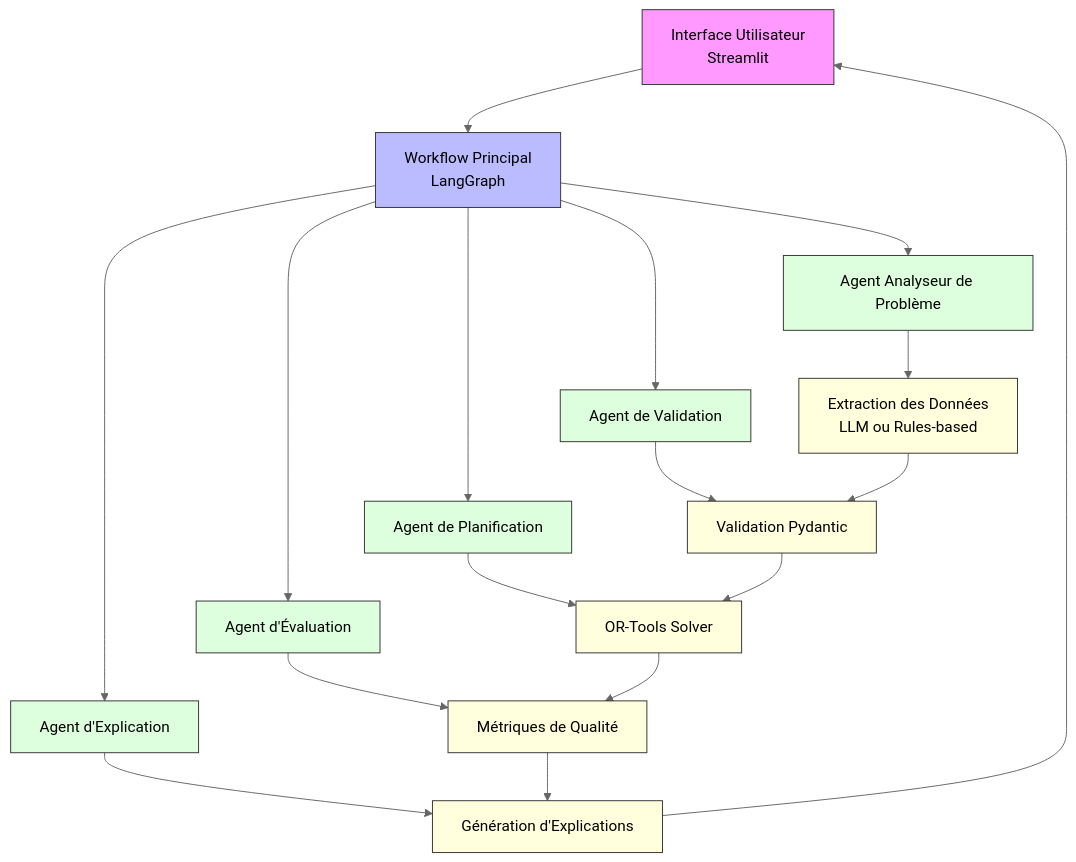
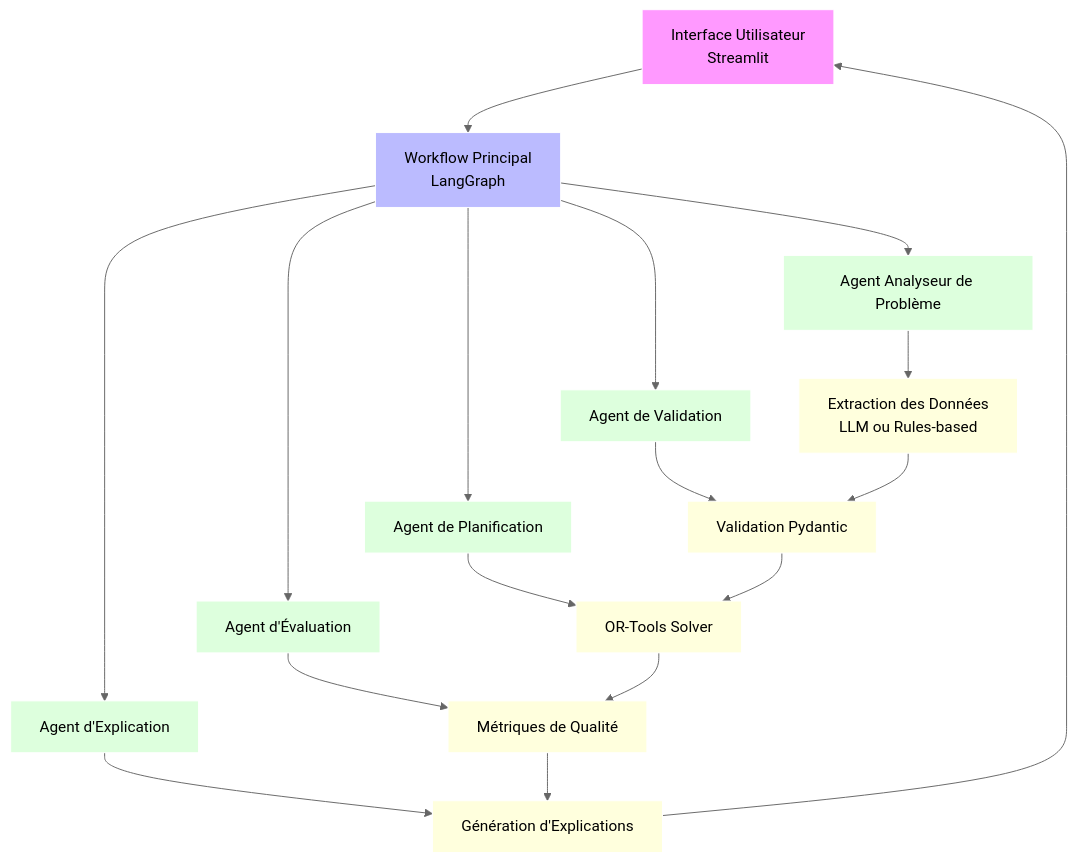
One commit to JAAFOURAMouez/Supply-chain-planning-system changed the first of 2 diagrams in README.md. Above: the diagram before and after it, drawn with Mermaid (neutral theme). The commit also changed other lines of this file, not shown here.

````diff
--- a/README.md
+++ b/README.md
@@ -17,34 +17,34 @@
 ```mermaid
 graph TD
     A[Interface Utilisateur<br/>Streamlit] --> B[Workflow Principal<br/>LangGraph]
     B --> C1[Agent Analyseur de Problème]
     B --> C2[Agent de Validation]
     B --> C3[Agent de Planification]
     B --> C4[Agent d'Évaluation]
     B --> C5[Agent d'Explication]
     
     C1 --> D[Extraction des Données<br/>LLM ou Rules-based]
     C2 --> E[Validation Pydantic]
     C3 --> F[OR-Tools Solver]
     C4 --> G[Métriques de Qualité]
     C5 --> H[Génération d'Explications]
     
     D --> E
     E --> F
     F --> G
     G --> H
     H --> A
     
-    style A fill:#f9f,stroke:#333
-    style B fill:#bbf,stroke:#333
-    style C1 fill:#dfd,stroke:#333
-    style C2 fill:#dfd,stroke:#333
-    style C3 fill:#dfd,stroke:#333
-    style C4 fill:#dfd,stroke:#333
-    style C5 fill:#dfd,stroke:#333
-    style D fill:#ffd,stroke:#333
-    style E fill:#ffd,stroke:#333
-    style F fill:#ffd,stroke:#333
-    style G fill:#ffd,stroke:#333
-    style H fill:#ffd,stroke:#333
+    style A fill:#f9f,stroke:#FFF
+    style B fill:#bbf,stroke:#FFF
+    style C1 fill:#dfd,stroke:#FFF
+    style C2 fill:#dfd,stroke:#FFF
+    style C3 fill:#dfd,stroke:#FFF
+    style C4 fill:#dfd,stroke:#FFF
+    style C5 fill:#dfd,stroke:#FFF
+    style D fill:#ffd,stroke:#FFF
+    style E fill:#ffd,stroke:#FFF
+    style F fill:#ffd,stroke:#FFF
+    style G fill:#ffd,stroke:#FFF
+    style H fill:#ffd,stroke:#FFF
 ```
````
